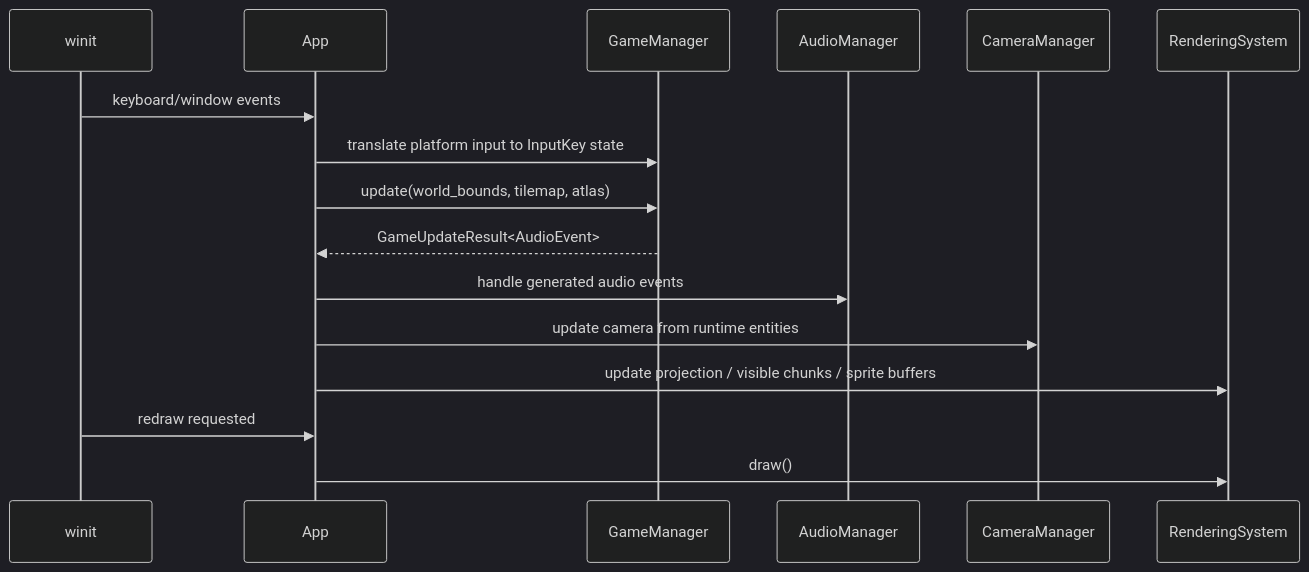
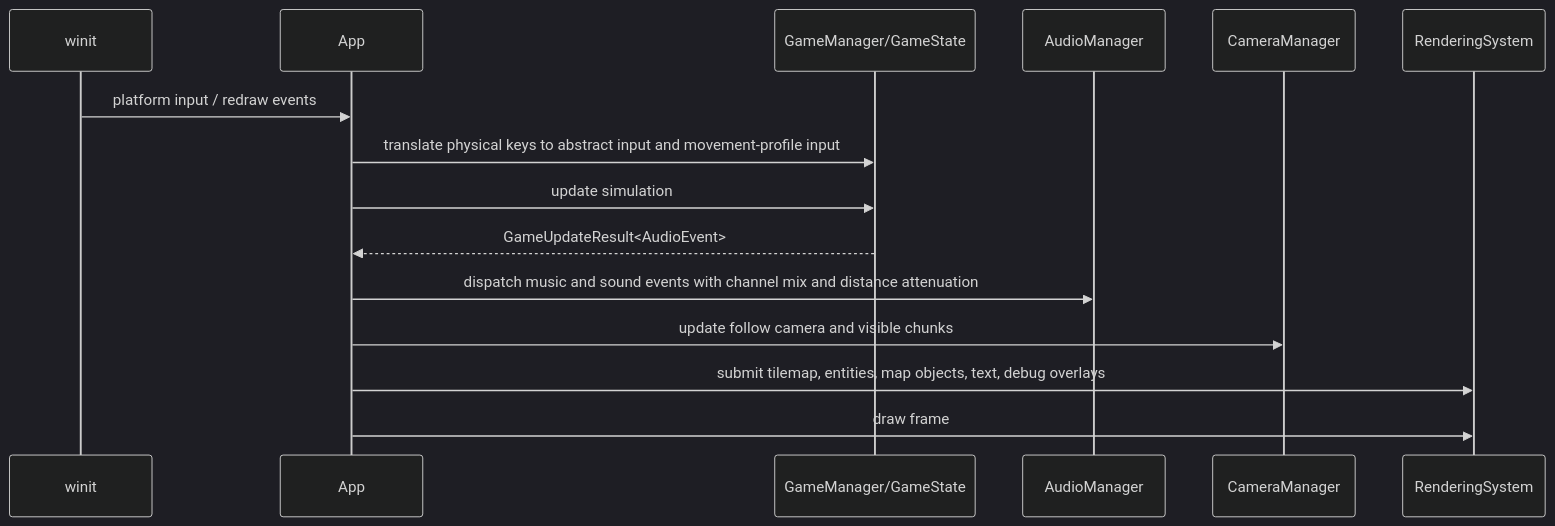
Before and after one commit to daredem0/ToKi: the seventh of 10 diagrams in docs/SDD_SAD.md, drawn with Mermaid (dark theme). The commit also changed other lines of this file and 1 other file, not shown here.

````diff
--- a/docs/SDD_SAD.md
+++ b/docs/SDD_SAD.md
@@ -372,19 +425,18 @@
 ```mermaid
 sequenceDiagram
     participant W as winit
     participant A as App
-    participant G as GameManager
+    participant G as GameManager/GameState
     participant AU as AudioManager
     participant C as CameraManager
     participant RS as RenderingSystem
 
-    W->>A: keyboard/window events
-    A->>G: translate platform input to InputKey state
-    A->>G: update(world_bounds, tilemap, atlas)
+    W->>A: platform input / redraw events
+    A->>G: translate physical keys to abstract input and movement-profile input
+    A->>G: update simulation
     G-->>A: GameUpdateResult<AudioEvent>
-    A->>AU: handle generated audio events
-    A->>C: update camera from runtime entities
-    A->>RS: update projection / visible chunks / sprite buffers
-    W->>A: redraw requested
-    A->>RS: draw()
+    A->>AU: dispatch music and sound events with channel mix and distance attenuation
+    A->>C: update follow camera and visible chunks
+    A->>RS: submit tilemap, entities, map objects, text, debug overlays
+    A->>RS: draw frame
 ```
````
